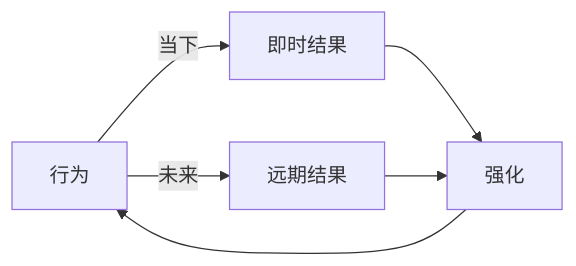
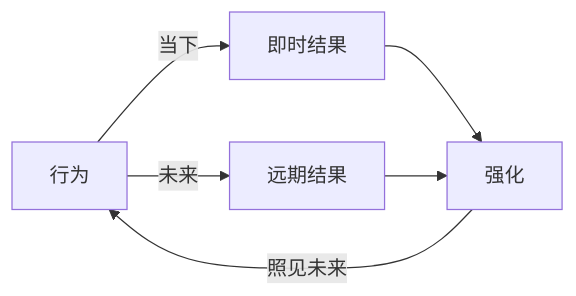
The ninth of 9 diagrams in psychology/CBT.md (zhangjunhd/reading-notes), drawn with Mermaid before and after one commit. The commit also changed other lines of this file, not shown here.

````diff
--- a/psychology/CBT.md
+++ b/psychology/CBT.md
@@ -1071,8 +1071,8 @@
 ```mermaid
 flowchart LR
     A[行为]--当下-->B[即时结果]
     A--未来-->C[远期结果]
     B-->D[强化]
     C-->D[强化]
-    D-->A
+    D--照见未来-->A
 ```
````
